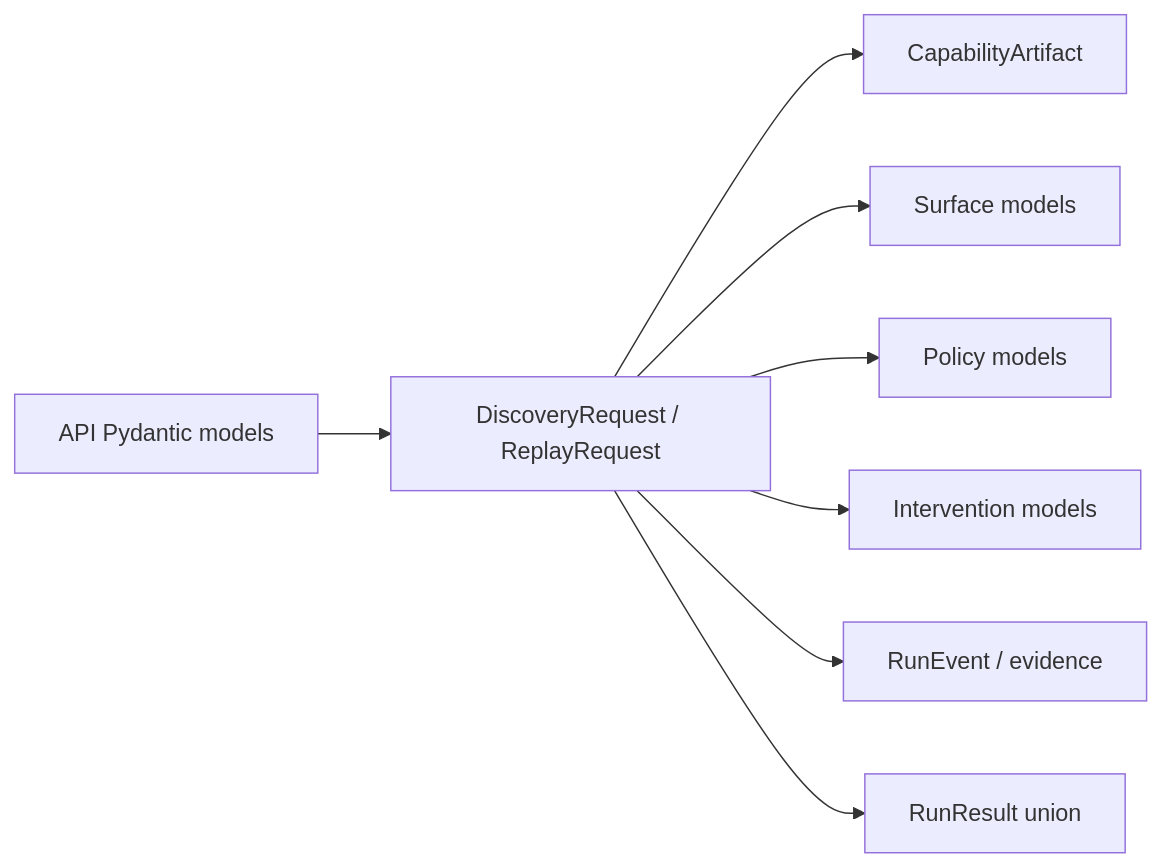
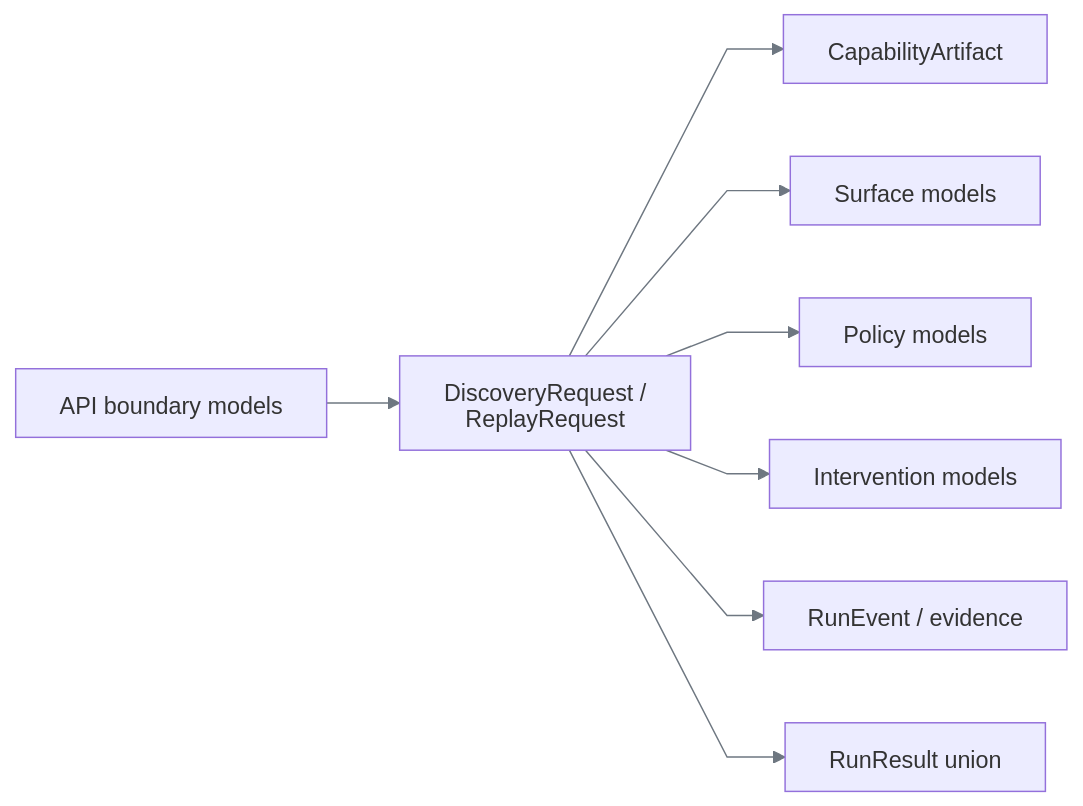
The first of 6 diagrams in docs/data-models.md (SivaTSS/replay-forge), drawn with Mermaid before and after one commit. The commit also changed other lines of this file and 7 other files, not shown here.

Commit message:
docs: standardize Mermaid diagrams

````diff
--- a/docs/data-models.md
+++ b/docs/data-models.md
@@ -5,10 +5,11 @@
 ```mermaid
+%%{init: {"htmlLabels":false,"themeVariables":{"lineColor":"#6E7781","signalColor":"#6E7781"},"flowchart":{"curve":"linear"},"sequence":{"wrap":true}}}%%
 flowchart LR
-    API[API Pydantic models] --> REQ[DiscoveryRequest / ReplayRequest]
+    API[API boundary models] --> REQ[DiscoveryRequest / ReplayRequest]
     REQ --> CAP[CapabilityArtifact]
     REQ --> SUR[Surface models]
     REQ --> POL[Policy models]
     REQ --> INT[Intervention models]
     REQ --> EVT[RunEvent / evidence]
     REQ --> RES[RunResult union]
 ```
````
